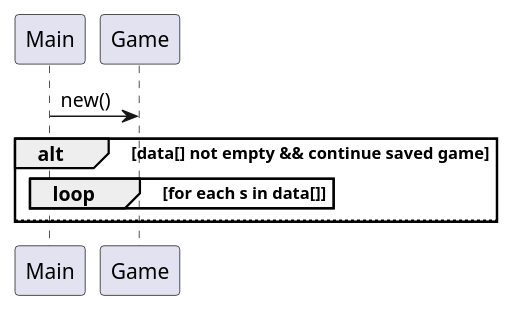
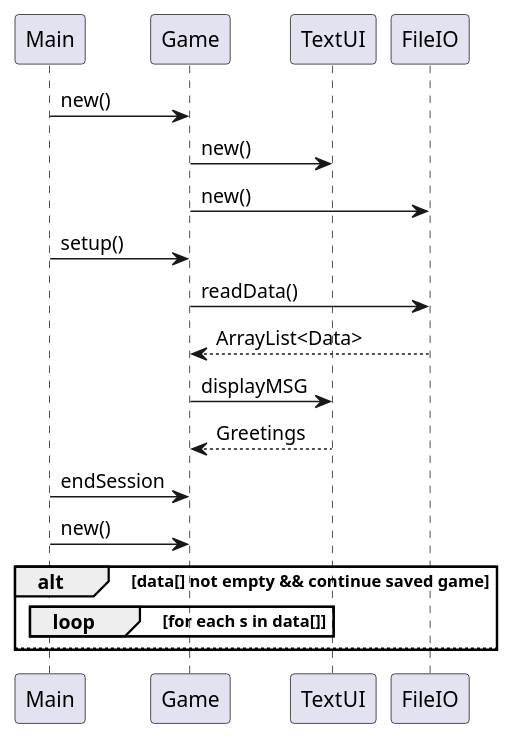
The diagram in doc/Plan/dynamic/sequence_uc1_startGame.puml (Dat1Cphbusiness/MonopolyE24), drawn with PlantUML before and after one commit. The commit also changed 7 other files, not shown here.

```diff
--- a/doc/Plan/dynamic/sequence_uc1_startGame.puml
+++ b/doc/Plan/dynamic/sequence_uc1_startGame.puml
@@ -1,17 +1,28 @@
 @startuml
-'https://plantuml.com/sequence-diagram
+!pragma layout smetana
+
+Main -> Game: new()
+Game -> TextUI: new()
+Game -> FileIO: new()
+Main -> Game: setup()
+Game -> FileIO: readData()
+FileIO --> Game: ArrayList<Data>
+Game -> TextUI: displayMSG
+TextUI --> Game: Greetings
+
+Main -> Game: endSession
 
 Main -> Game: new()
 'indsæt instansieringer i Game konstruktor
 'indsæt kaldet til setup()
 'indsæt hvad der sker i toppen af setup()
 alt data[] not empty && continue saved game
 loop for each s in data[]
 'indsæt hvad der sker i loopet
 end
 else
 'indsæt kaldet til registerPlayers()
 
 end
 
 @enduml
```
